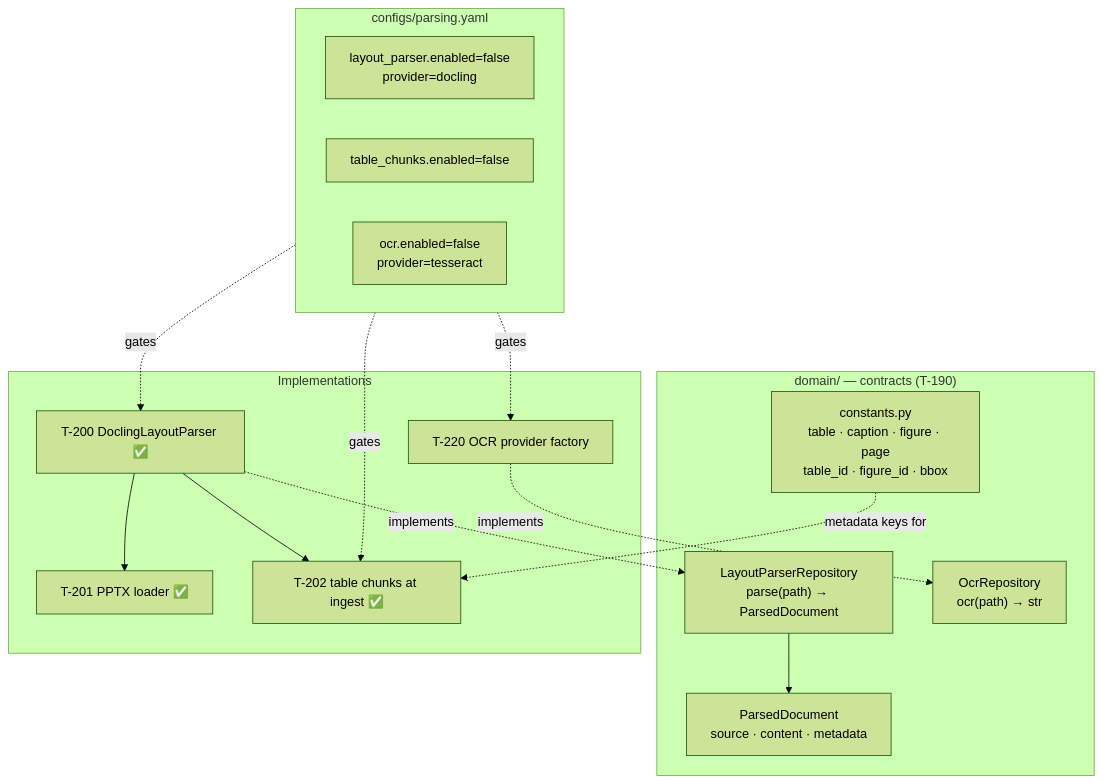
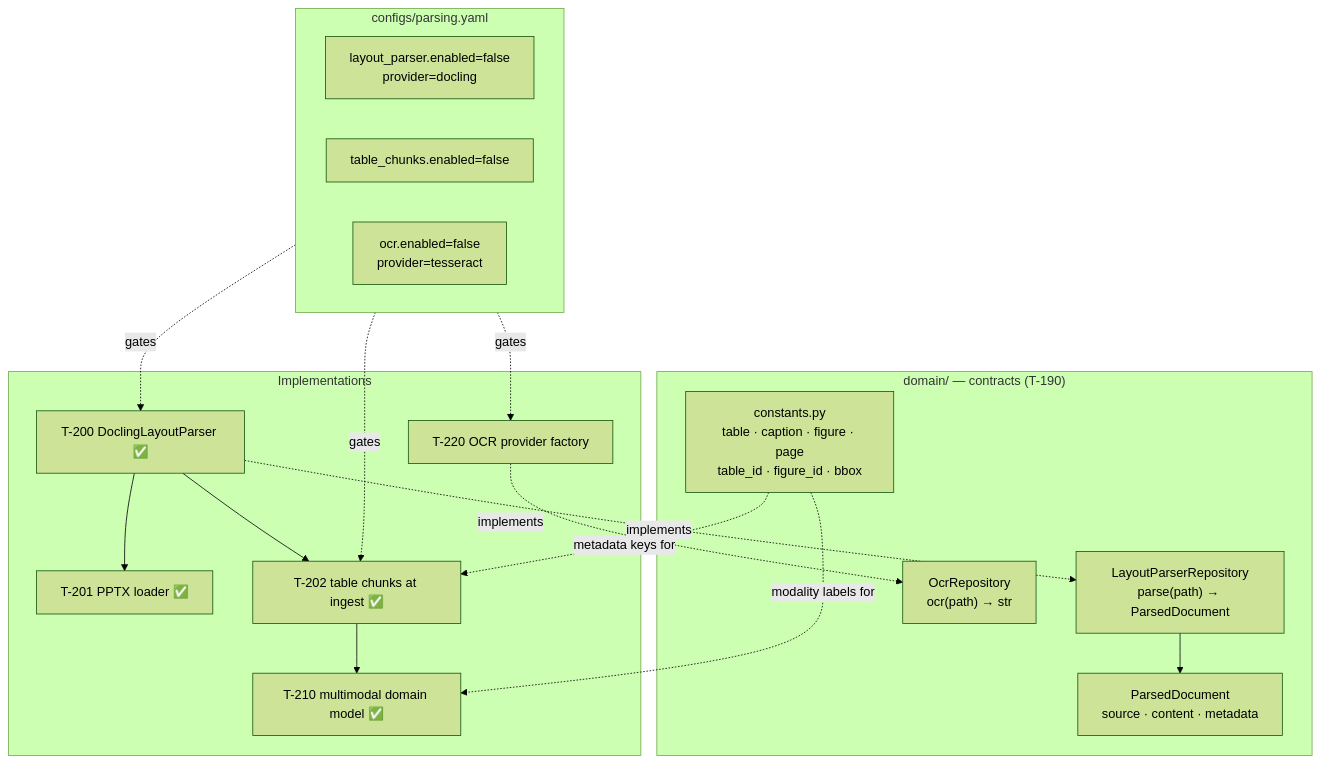
The fourth of 22 diagrams in README.md (ealbertoav/rag_platform), drawn with Mermaid (forest theme) before and after one commit. The commit also changed other lines of this file and 10 other files, not shown here.

First line of the commit message:
Introduce multimodal domain model (T-210):

````diff
--- a/README.md
+++ b/README.md
@@ -579,32 +582,35 @@
 ```mermaid
 flowchart TB
     subgraph DOMAIN["domain/ — contracts (T-190)"]
         LPR["LayoutParserRepository<br/>parse(path) → ParsedDocument"]
         OCR["OcrRepository<br/>ocr(path) → str"]
         PD["ParsedDocument<br/>source · content · metadata"]
         CONST["constants.py<br/>table · caption · figure · page<br/>table_id · figure_id · bbox"]
     end
 
     subgraph CONFIG["configs/parsing.yaml"]
         LPSET["layout_parser.enabled=false<br/>provider=docling"]
         TCSET["table_chunks.enabled=false"]
         OCRSET["ocr.enabled=false<br/>provider=tesseract"]
     end
 
     subgraph IMPL["Implementations"]
         T200["T-200 DoclingLayoutParser ✅"]
         T201["T-201 PPTX loader ✅"]
         T202["T-202 table chunks at ingest ✅"]
+        T210["T-210 multimodal domain model ✅"]
         T220["T-220 OCR provider factory"]
     end
 
     LPR --> PD
     CONFIG -.->|gates| T200
     CONFIG -.->|gates| T202
     CONFIG -.->|gates| T220
     T200 -.->|implements| LPR
     T220 -.->|implements| OCR
     T200 --> T201
     T200 --> T202
+    T202 --> T210
     CONST -.->|metadata keys for| T202
+    CONST -.->|modality labels for| T210
 ```
````
